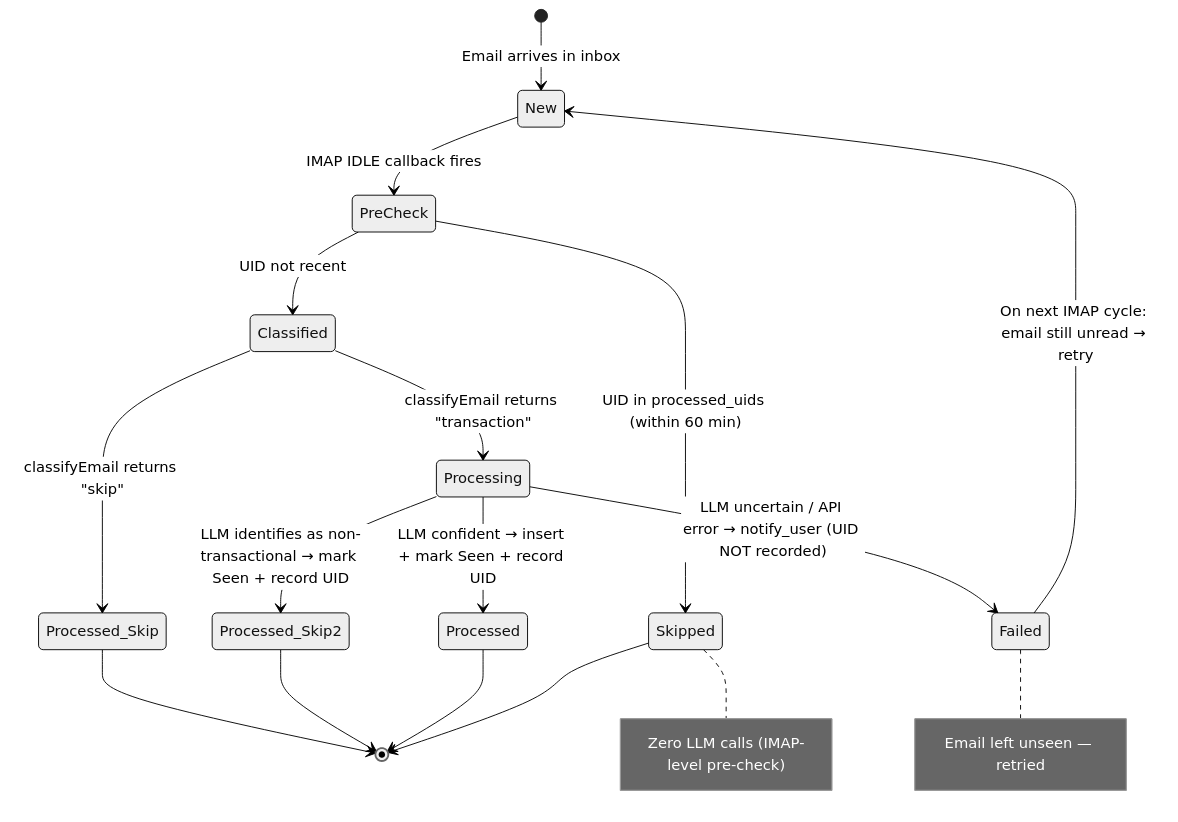
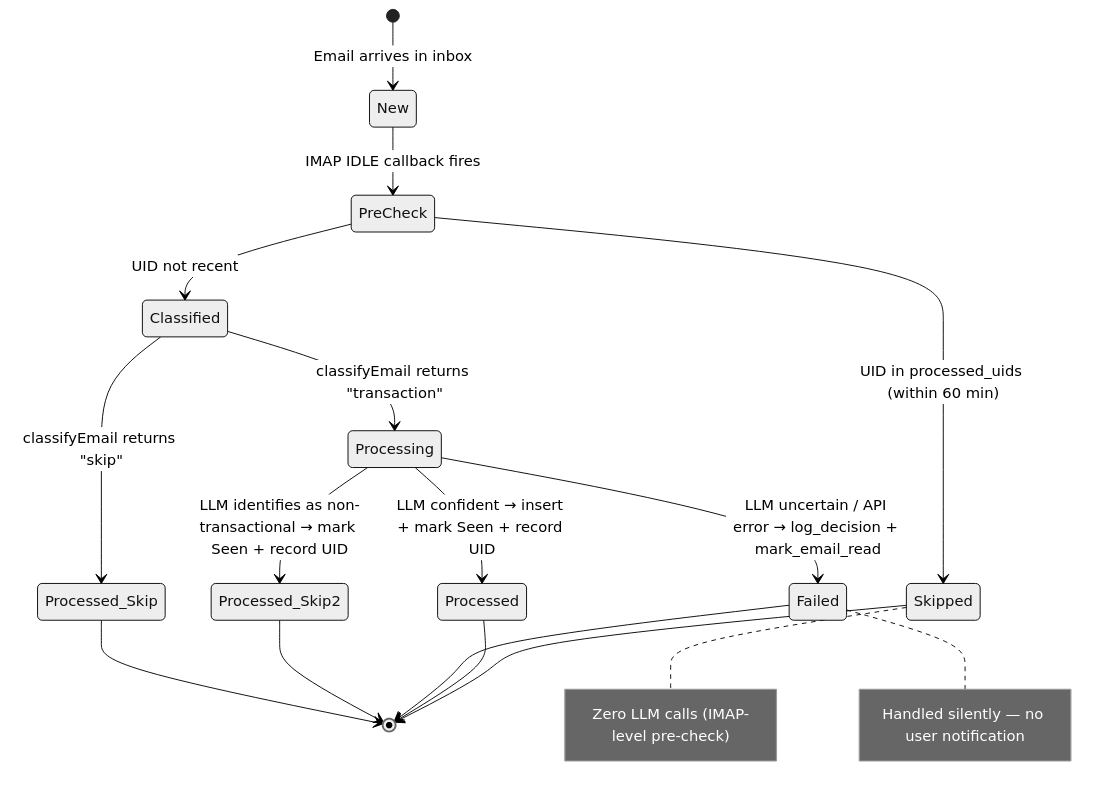
Before and after one commit to darrencjh8/darren-openclaw: the eighth of 10 diagrams in design.md, drawn with Mermaid (neutral theme). The commit also changed other lines of this file and 21 other files, not shown here.

````diff
--- a/design.md
+++ b/design.md
@@ -973,20 +963,20 @@
 ```mermaid
 stateDiagram-v2
     [*] --> New: Email arrives in inbox
     New --> PreCheck: IMAP IDLE callback fires
     PreCheck --> Skipped: UID in processed_uids (within 60 min)
     PreCheck --> Classified: UID not recent
     Classified --> Processed_Skip: classifyEmail returns "skip"
     Classified --> Processing: classifyEmail returns "transaction"
     Processing --> Processed: LLM confident → insert + mark Seen + record UID
     Processing --> Processed_Skip2: LLM identifies as non-transactional → mark Seen + record UID
-    Processing --> Failed: LLM uncertain / API error → notify_user (UID NOT recorded)
+    Processing --> Failed: LLM uncertain / API error → log_decision + mark_email_read
     Processed_Skip --> [*]
     Processed_Skip2 --> [*]
-    Failed --> New: On next IMAP cycle: email still unread → retry
+    Failed --> [*]
     Processed --> [*]
     Skipped --> [*]
 
     note right of Skipped: Zero LLM calls (IMAP-level pre-check)
-    note right of Failed: Email left unseen — retried
+    note right of Failed: Handled silently — no user notification
 ```
````
